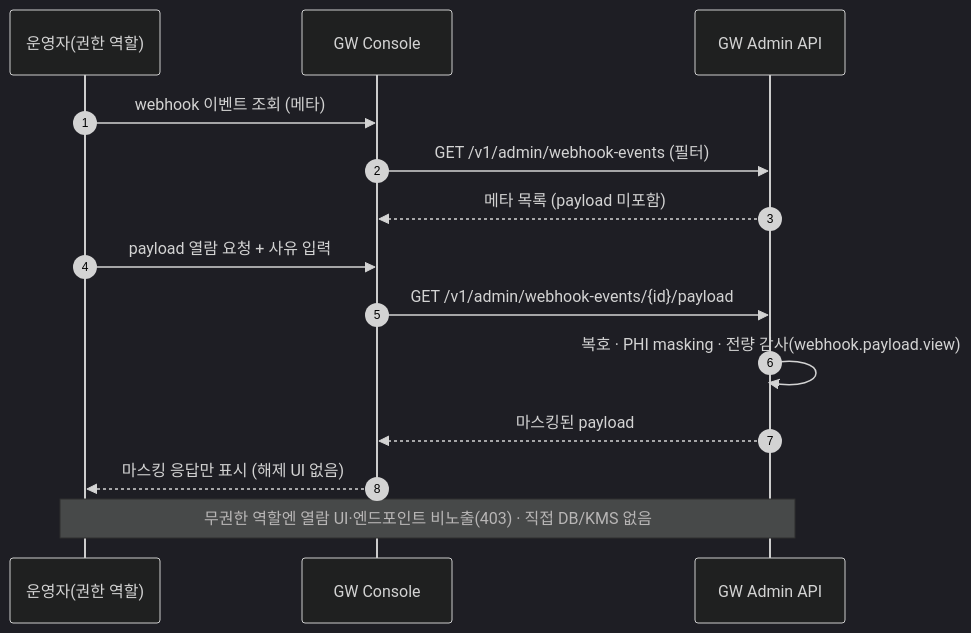
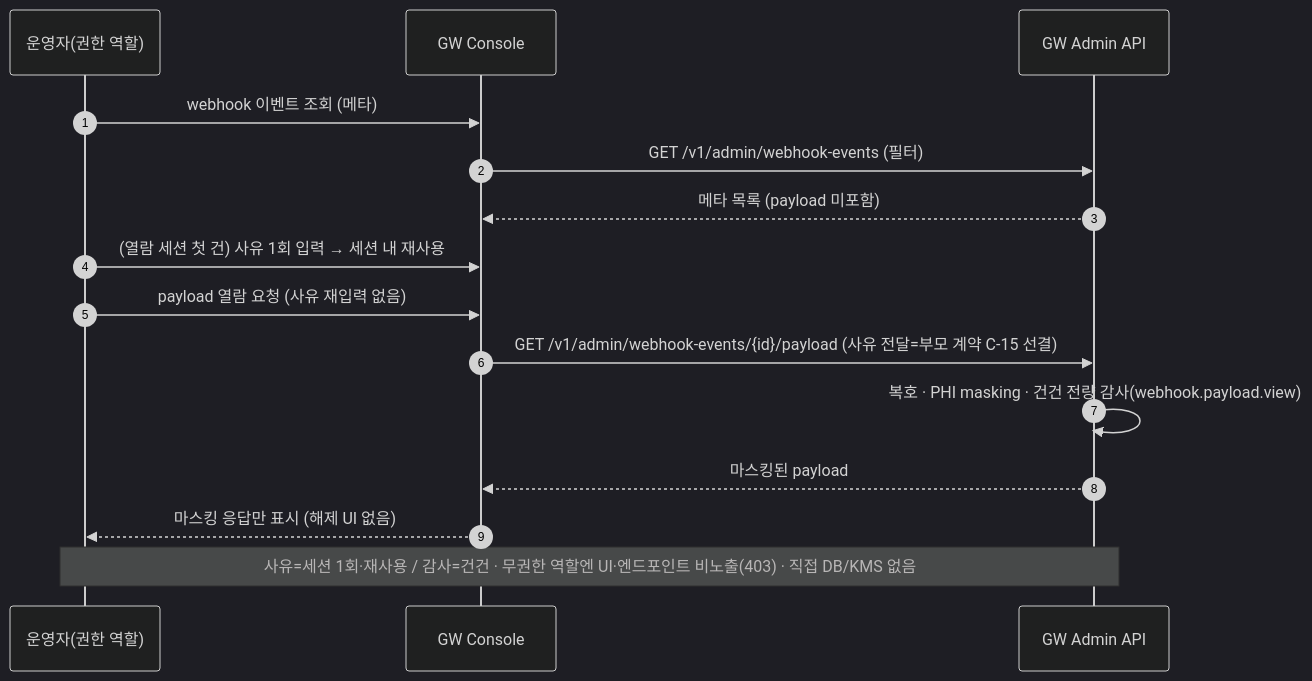
One commit to gracegyu/scp-architecture changed the ninth of 9 diagrams in docs/VT_API_Gateway/08.VT_API_Gateway/specs/03c-subsrs-gw-console/SRS.md. Above: the diagram before and after it, drawn with Mermaid (dark theme). The commit also changed other lines of this file, not shown here.

````diff
--- a/docs/VT_API_Gateway/08.VT_API_Gateway/specs/03c-subsrs-gw-console/SRS.md
+++ b/docs/VT_API_Gateway/08.VT_API_Gateway/specs/03c-subsrs-gw-console/SRS.md
@@ -266,16 +290,17 @@
 ```mermaid
 sequenceDiagram
     autonumber
     participant OP as 운영자(권한 역할)
     participant C as GW Console
     participant GW as GW Admin API
     OP->>C: webhook 이벤트 조회 (메타)
     C->>GW: GET /v1/admin/webhook-events (필터)
     GW-->>C: 메타 목록 (payload 미포함)
-    OP->>C: payload 열람 요청 + 사유 입력
-    C->>GW: GET /v1/admin/webhook-events/{id}/payload
-    GW->>GW: 복호 · PHI masking · 전량 감사(webhook.payload.view)
+    OP->>C: (열람 세션 첫 건) 사유 1회 입력 → 세션 내 재사용
+    OP->>C: payload 열람 요청 (사유 재입력 없음)
+    C->>GW: GET /v1/admin/webhook-events/{id}/payload (사유 전달=부모 계약 C-15 선결)
+    GW->>GW: 복호 · PHI masking · 건건 전량 감사(webhook.payload.view)
     GW-->>C: 마스킹된 payload
     C-->>OP: 마스킹 응답만 표시 (해제 UI 없음)
-    Note over OP,GW: 무권한 역할엔 열람 UI·엔드포인트 비노출(403) · 직접 DB/KMS 없음
+    Note over OP,GW: 사유=세션 1회·재사용 / 감사=건건 · 무권한 역할엔 UI·엔드포인트 비노출(403) · 직접 DB/KMS 없음
 ```
````
